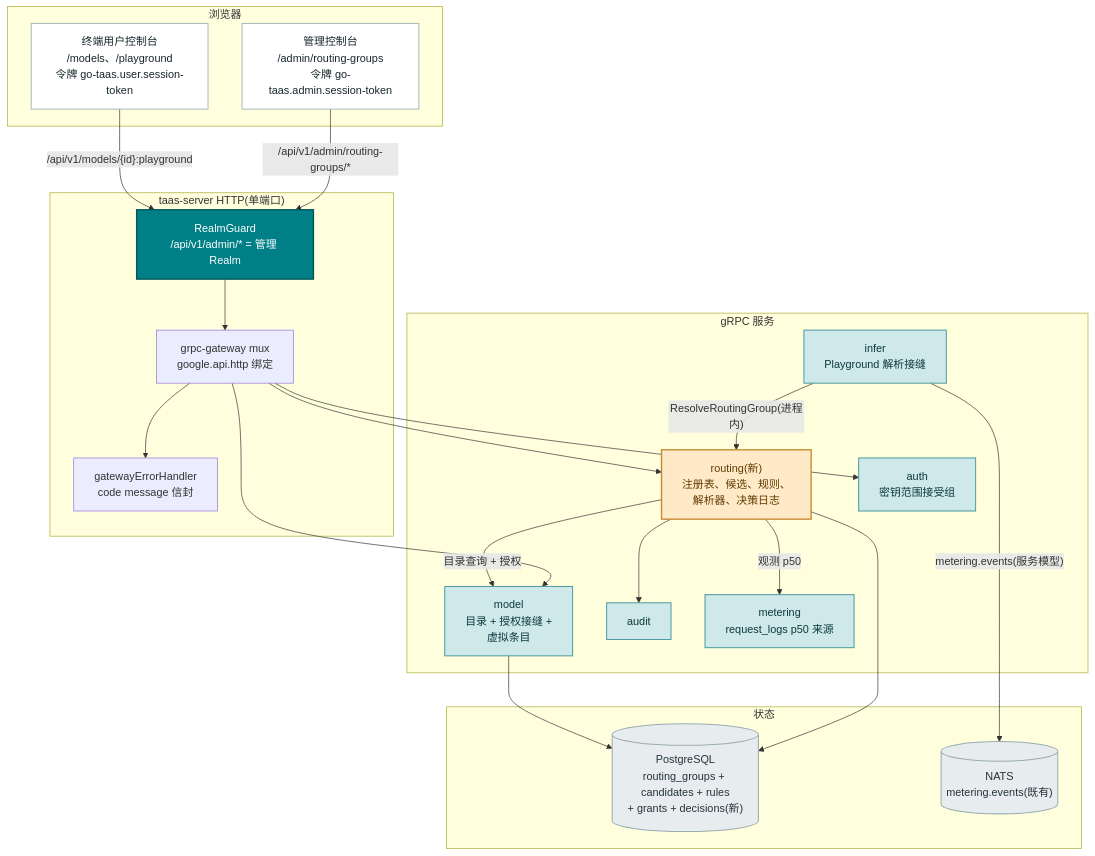
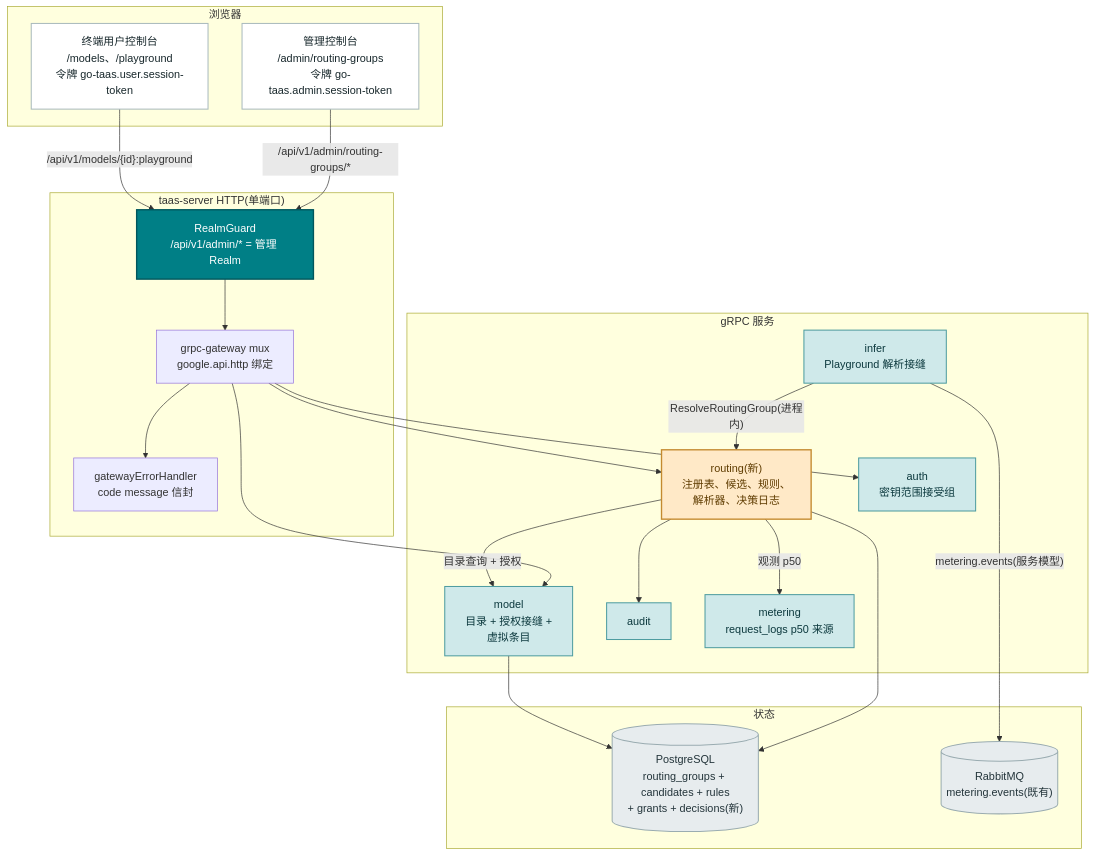
Before and after one commit to go-taas/go-taas: the first of 5 diagrams in site/docs/architecture/intelligent-model-routing.zh-cn.md, drawn with Mermaid. The commit also changed 35 other files, not shown here.

First line of the commit message:
docs: replace NATS with RabbitMQ across docs

````diff
--- a/site/docs/architecture/intelligent-model-routing.zh-cn.md
+++ b/site/docs/architecture/intelligent-model-routing.zh-cn.md
@@ -86,52 +86,52 @@
 ```mermaid
 flowchart TD
     subgraph browsers["浏览器"]
         AC["管理控制台<br/>/admin/routing-groups<br/>令牌 go-taas.admin.session-token"]
         UC["终端用户控制台<br/>/models、/playground<br/>令牌 go-taas.user.session-token"]
     end
 
     subgraph gateway["taas-server HTTP(单端口)"]
         GUARD["RealmGuard<br/>/api/v1/admin/* = 管理 Realm"]
         MUX["grpc-gateway mux<br/>google.api.http 绑定"]
         ERR["gatewayErrorHandler<br/>code message 信封"]
     end
 
     subgraph services["gRPC 服务"]
         RT["routing(新)<br/>注册表、候选、规则、<br/>解析器、决策日志"]
         MOD["model<br/>目录 + 授权接缝 +<br/>虚拟条目"]
         AUTH["auth<br/>密钥范围接受组"]
         INF["infer<br/>Playground 解析接缝"]
         AUD["audit"]
         MET["metering<br/>request_logs p50 来源"]
     end
 
     subgraph stores["状态"]
         PG[("PostgreSQL<br/>routing_groups + candidates + rules<br/>+ grants + decisions(新)")]
-        MQ[("NATS<br/>metering.events(既有)")]
+        MQ[("RabbitMQ<br/>metering.events(既有)")]
     end
 
     AC -->|"/api/v1/admin/routing-groups/*"| GUARD
     UC -->|"/api/v1/models/{id}:playground"| GUARD
     GUARD --> MUX
     MUX --> ERR
     MUX --> RT
     MUX --> MOD
     MUX --> AUTH
     RT --> PG
     RT --> AUD
     RT -->|"目录查询 + 授权"| MOD
     RT -->|"观测 p50"| MET
     INF -->|"ResolveRoutingGroup(进程内)"| RT
     INF -->|"metering.events(服务模型)"| MQ
     MOD --> PG
     classDef edge fill:#007F86,stroke:#00565C,stroke-width:2px,color:#FFFFFF
     classDef svc fill:#CFE9EA,stroke:#4E9CA0,stroke-width:1.5px,color:#0B383D
     classDef newsvc fill:#FFE9C7,stroke:#C48A2F,stroke-width:2px,color:#5F3C00
     classDef store fill:#E7ECEE,stroke:#9AACB1,stroke-width:1.5px,color:#23343A
     classDef consumer fill:#FFFFFF,stroke:#A9BABD,stroke-width:1.5px,color:#17272B
     class AC,UC consumer
     class GUARD edge
     class RT newsvc
     class MOD,AUTH,INF,AUD,MET svc
     class PG,MQ store
 ```
````
